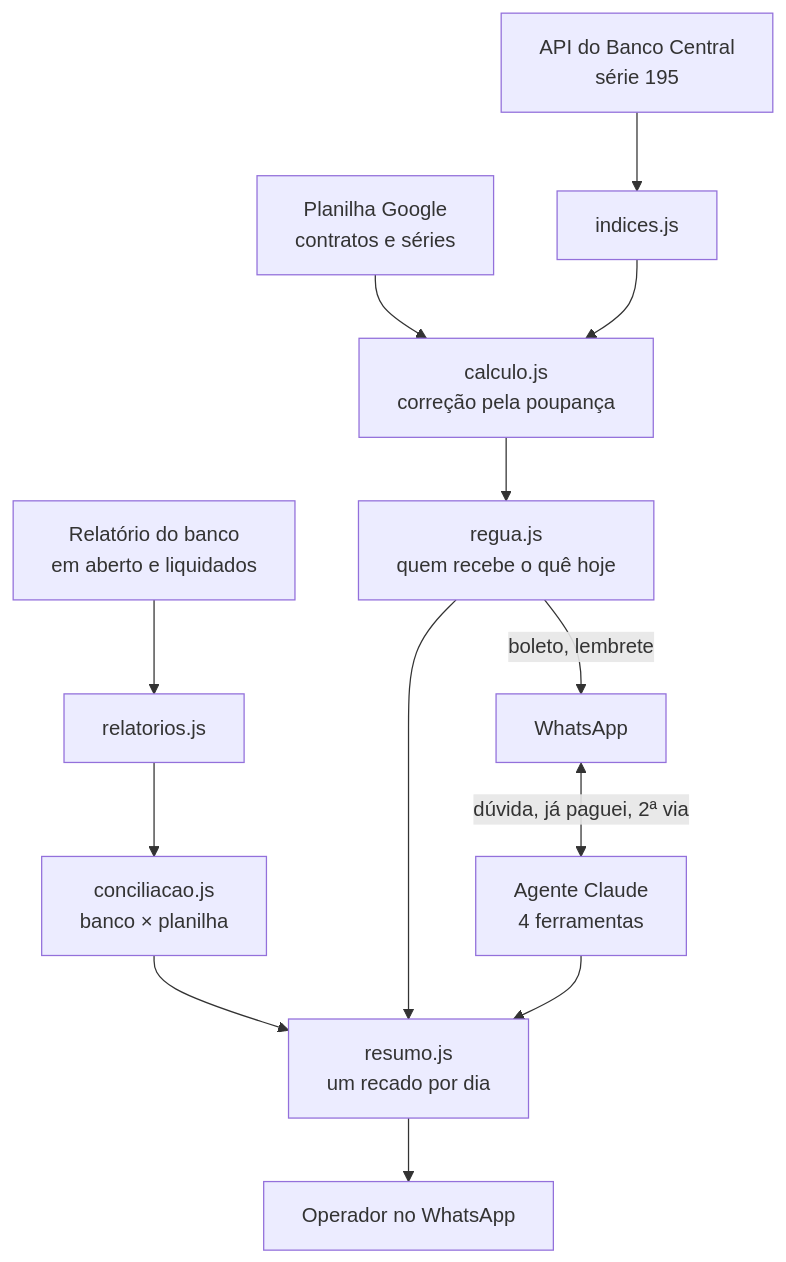
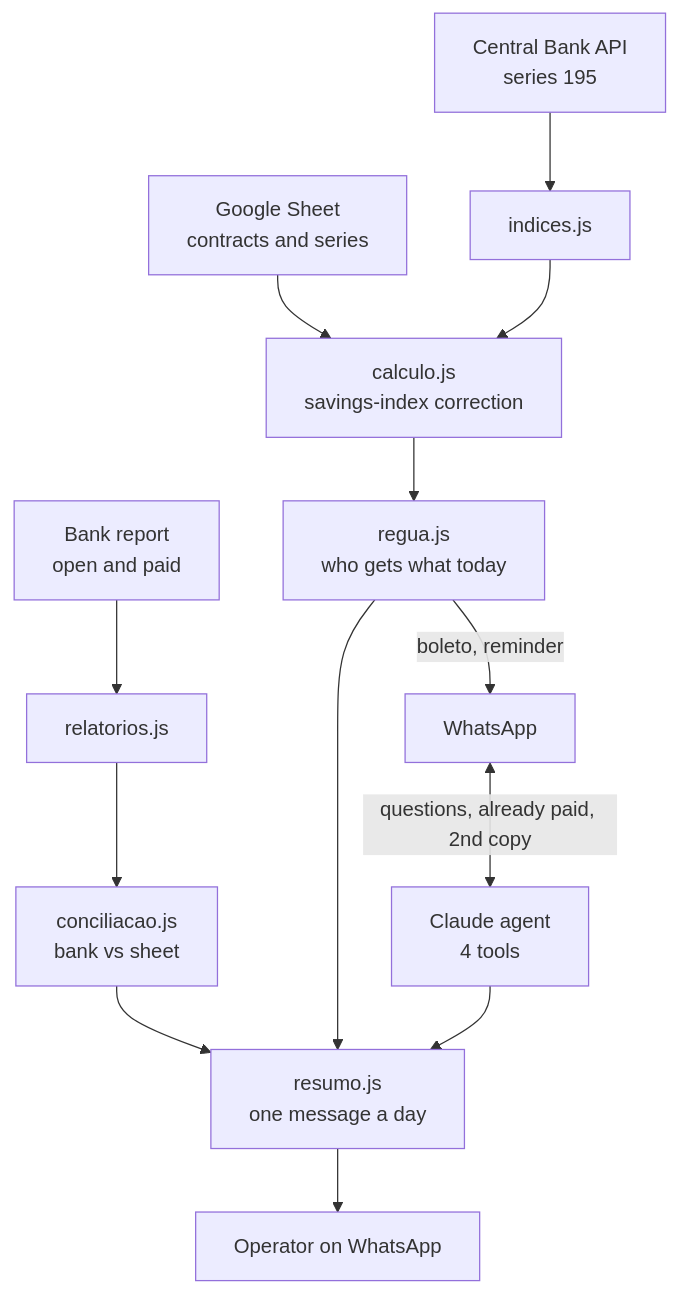
Before and after one commit to rodrigomedeiros91-source/agente-cobranca-ia: the diagram in README.md, drawn with Mermaid. The commit also changed other lines of this file and 2 other files, not shown here.

````diff
--- a/README.md
+++ b/README.md
@@ -11,13 +13,13 @@
 ```mermaid
 flowchart TB
-    P[Planilha Google<br/>contratos e séries] --> C[calculo.js<br/>correção pela poupança]
-    B[API do Banco Central<br/>série 195] --> I[indices.js] --> C
-    C --> R[regua.js<br/>quem recebe o quê hoje]
-    R -->|boleto, lembrete| W[WhatsApp]
-    W <-->|dúvida, já paguei, 2ª via| A[Agente Claude<br/>4 ferramentas]
-    X[Relatório do banco<br/>em aberto e liquidados] --> L[relatorios.js] --> K[conciliacao.js<br/>banco × planilha]
-    K --> S[resumo.js<br/>um recado por dia]
+    P[Google Sheet<br/>contracts and series] --> C[calculo.js<br/>savings-index correction]
+    B[Central Bank API<br/>series 195] --> I[indices.js] --> C
+    C --> R[regua.js<br/>who gets what today]
+    R -->|boleto, reminder| W[WhatsApp]
+    W <-->|questions, already paid, 2nd copy| A[Claude agent<br/>4 tools]
+    X[Bank report<br/>open and paid] --> L[relatorios.js] --> K[conciliacao.js<br/>bank vs sheet]
+    K --> S[resumo.js<br/>one message a day]
     R --> S
     A --> S
-    S --> O[Operador no WhatsApp]
+    S --> O[Operator on WhatsApp]
 ```
````
